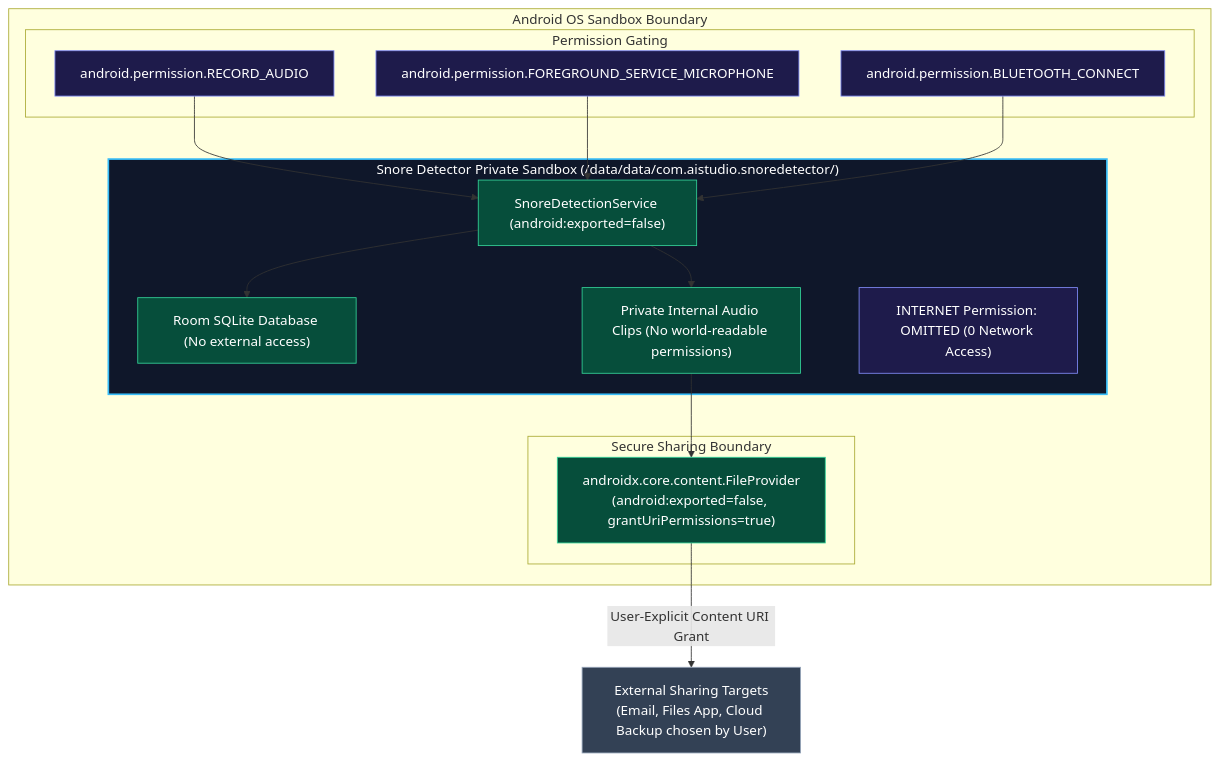
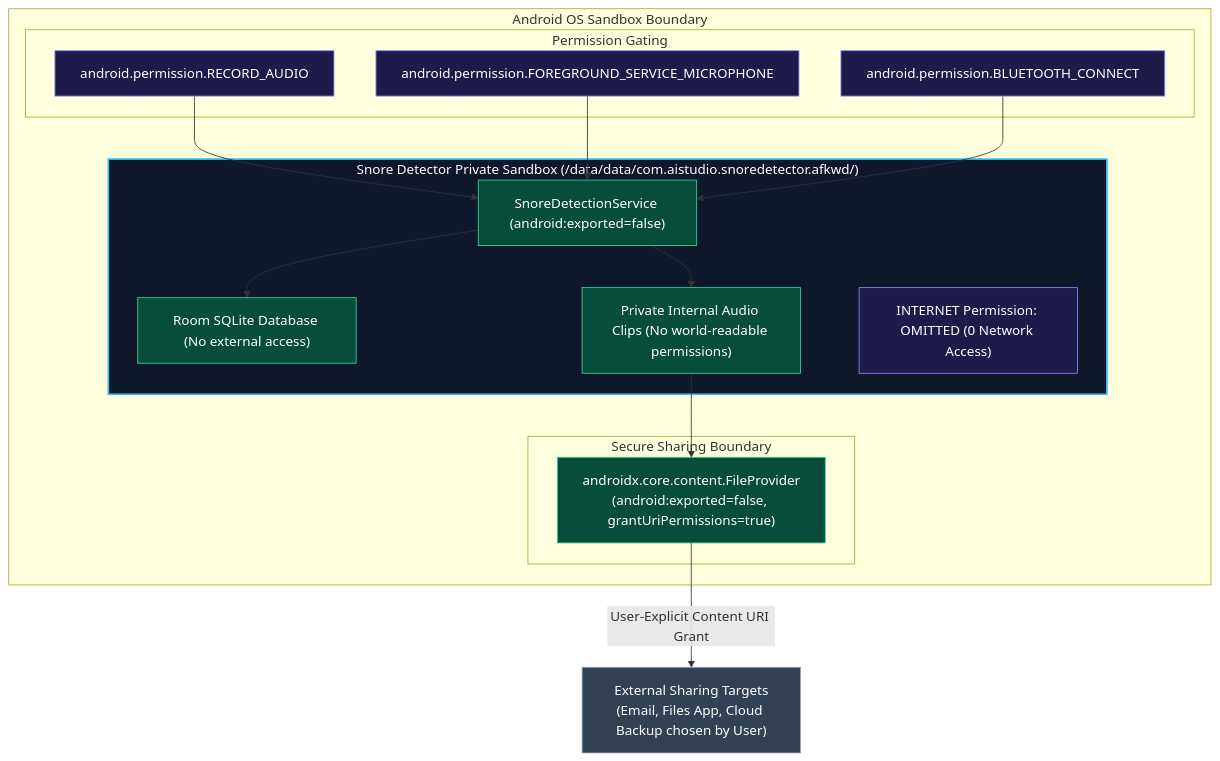
Before and after one commit to elgrande73/FOSS-snore-detector-android-app: the eighth of 10 diagrams in ARCHITECTURE.md, drawn with Mermaid. The commit also changed other lines of this file, not shown here.

Commit message:
docs: align architecture docs with Android package name

````diff
--- a/ARCHITECTURE.md
+++ b/ARCHITECTURE.md
@@ -425,38 +425,38 @@
 ```mermaid
 graph TD
     subgraph Android_OS_Boundary ["Android OS Sandbox Boundary"]
         subgraph Permissions_Enclosure ["Permission Gating"]
             PermRecord["android.permission.RECORD_AUDIO"]
             PermFG["android.permission.FOREGROUND_SERVICE_MICROPHONE"]
             PermBT["android.permission.BLUETOOTH_CONNECT"]
         end
 
-        subgraph Local_App_Sandbox ["Snore Detector Private Sandbox (/data/data/com.aistudio.snoredetector/)"]
+        subgraph Local_App_Sandbox ["Snore Detector Private Sandbox (/data/data/com.aistudio.snoredetector.afkwd/)"]
             Service["SnoreDetectionService (android:exported=false)"]
             DB["Room SQLite Database (No external access)"]
             AudioFiles["Private Internal Audio Clips (No world-readable permissions)"]
             NoNet["INTERNET Permission: OMITTED (0 Network Access)"]
         end
         
         subgraph Export_Intermediary ["Secure Sharing Boundary"]
             FileProv["androidx.core.content.FileProvider<br/>(android:exported=false, grantUriPermissions=true)"]
         end
     end
 
     UserApp["External Sharing Targets<br/>(Email, Files App, Cloud Backup chosen by User)"]
 
     PermRecord & PermFG & PermBT --> Service
     Service --> DB & AudioFiles
     AudioFiles --> FileProv
     FileProv -->|User-Explicit Content URI Grant| UserApp
 
     classDef sandbox fill:#0f172a,stroke:#38bdf8,stroke-width:2px,color:#fff;
     classDef perm fill:#1e1b4b,stroke:#818cf8,color:#fff;
     classDef sec fill:#064e3b,stroke:#34d399,color:#fff;
     classDef ext fill:#334155,stroke:#94a3b8,color:#fff;
     
     class Local_App_Sandbox sandbox;
     class PermRecord,PermFG,PermBT,NoNet perm;
     class Service,DB,AudioFiles,FileProv sec;
     class UserApp ext;
 ```
````
